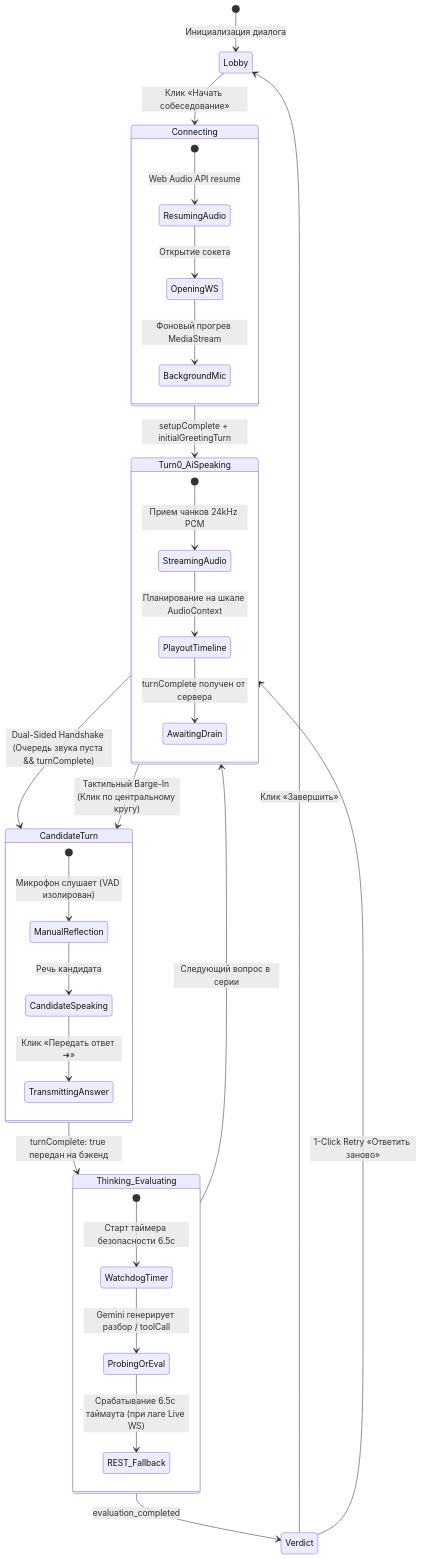
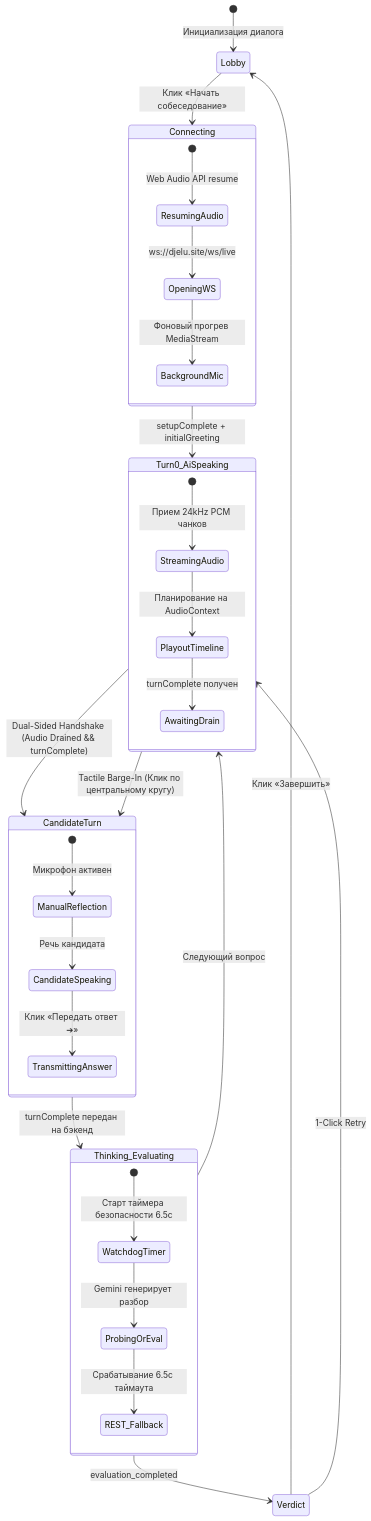
Before and after one commit to iliaIz/interview_tutor: the second of 3 diagrams in docs/architecture.md, drawn with Mermaid. The commit also changed other lines of this file and 3 other files, not shown here.

Commit message:
docs: synchronize architecture, AGENTS invariants, README and roadmap to SOTA 2026 standard

````diff
--- a/docs/architecture.md
+++ b/docs/architecture.md
@@ -135,43 +144,42 @@
 ```mermaid
 stateDiagram-v2
     [*] --> Lobby: Инициализация диалога
-    
     Lobby --> Connecting: Клик «Начать собеседование»
     
     state Connecting {
         [*] --> ResumingAudio: Web Audio API resume
-        ResumingAudio --> OpeningWS: Открытие сокета
+        ResumingAudio --> OpeningWS: ws://djelu.site/ws/live
         OpeningWS --> BackgroundMic: Фоновый прогрев MediaStream
     }
     
-    Connecting --> Turn0_AiSpeaking: setupComplete + initialGreetingTurn
+    Connecting --> Turn0_AiSpeaking: setupComplete + initialGreeting
     
     state Turn0_AiSpeaking {
-        [*] --> StreamingAudio: Прием чанков 24kHz PCM
-        StreamingAudio --> PlayoutTimeline: Планирование на шкале AudioContext
-        PlayoutTimeline --> AwaitingDrain: turnComplete получен от сервера
+        [*] --> StreamingAudio: Прием 24kHz PCM чанков
+        StreamingAudio --> PlayoutTimeline: Планирование на AudioContext
+        PlayoutTimeline --> AwaitingDrain: turnComplete получен
     }
     
-    Turn0_AiSpeaking --> CandidateTurn: Dual-Sided Handshake (Очередь звука пуста && turnComplete)
-    Turn0_AiSpeaking --> CandidateTurn: Тактильный Barge-In (Клик по центральному кругу)
+    Turn0_AiSpeaking --> CandidateTurn: Dual-Sided Handshake (Audio Drained && turnComplete)
+    Turn0_AiSpeaking --> CandidateTurn: Tactile Barge-In (Клик по центральному кругу)
     
     state CandidateTurn {
-        [*] --> ManualReflection: Микрофон слушает (VAD изолирован)
+        [*] --> ManualReflection: Микрофон активен
         ManualReflection --> CandidateSpeaking: Речь кандидата
         CandidateSpeaking --> TransmittingAnswer: Клик «Передать ответ ➔»
     }
     
-    CandidateTurn --> Thinking_Evaluating: turnComplete: true передан на бэкенд
+    CandidateTurn --> Thinking_Evaluating: turnComplete передан на бэкенд
     
     state Thinking_Evaluating {
         [*] --> WatchdogTimer: Старт таймера безопасности 6.5с
-        WatchdogTimer --> ProbingOrEval: Gemini генерирует разбор / toolCall
-        ProbingOrEval --> REST_Fallback: Срабатывание 6.5с таймаута (при лаге Live WS)
+        WatchdogTimer --> ProbingOrEval: Gemini генерирует разбор
+        ProbingOrEval --> REST_Fallback: Срабатывание 6.5с таймаута
     }
     
     Thinking_Evaluating --> Verdict: evaluation_completed
-    Thinking_Evaluating --> Turn0_AiSpeaking: Следующий вопрос в серии
+    Thinking_Evaluating --> Turn0_AiSpeaking: Следующий вопрос
     
     Verdict --> Lobby: Клик «Завершить»
-    Verdict --> Turn0_AiSpeaking: 1-Click Retry «Ответить заново»
+    Verdict --> Turn0_AiSpeaking: 1-Click Retry
 ```
````
